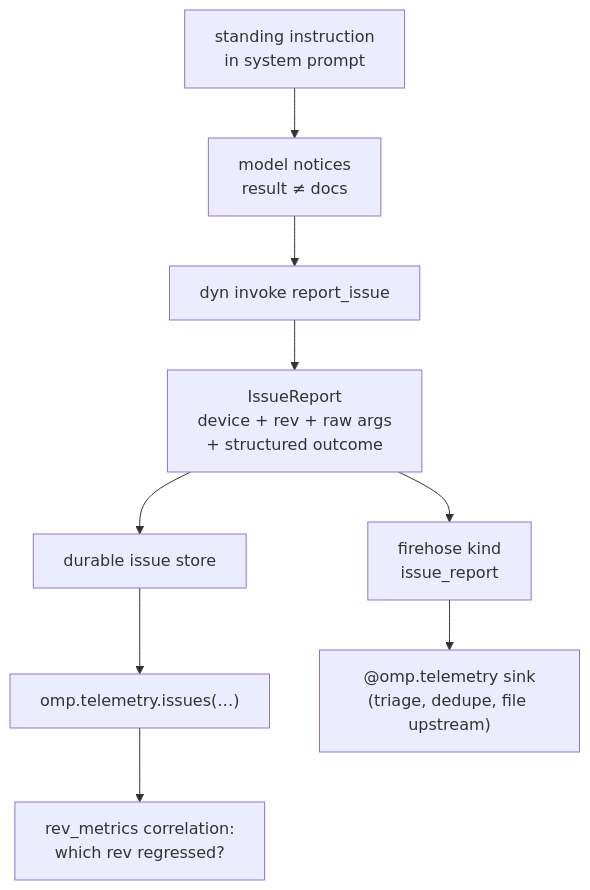
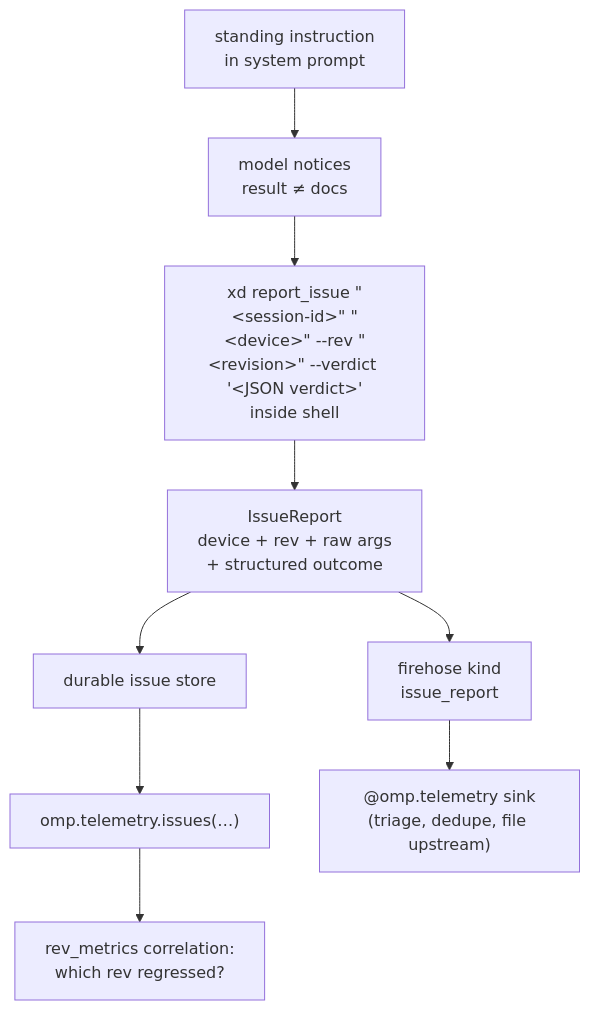
Before and after one commit to BAKocska/oh-my-pi: the second of 2 diagrams in docs/py/10-telemetry.md, drawn with Mermaid. The commit also changed other lines of this file and 17 other files, not shown here.

````diff
--- a/docs/py/10-telemetry.md
+++ b/docs/py/10-telemetry.md
@@ -111,11 +112,11 @@
 ```mermaid
 flowchart TD
     A["standing instruction<br/>in system prompt"] --> B["model notices<br/>result ≠ docs"]
-    B --> C["dyn invoke report_issue"]
+    B --> C["xd report_issue &quot;&lt;session-id&gt;&quot; &quot;&lt;device&gt;&quot; --rev &quot;&lt;revision&gt;&quot; --verdict '&lt;JSON verdict&gt;'<br/>inside shell"]
     C --> D["IssueReport<br/>device + rev + raw args<br/>+ structured outcome"]
     D --> E["firehose kind<br/>issue_report"]
     D --> F["durable issue store"]
     F --> G["omp.telemetry.issues(…)"]
     E --> H["@omp.telemetry sink<br/>(triage, dedupe, file upstream)"]
     G --> I["rev_metrics correlation:<br/>which rev regressed?"]
 ```
````
